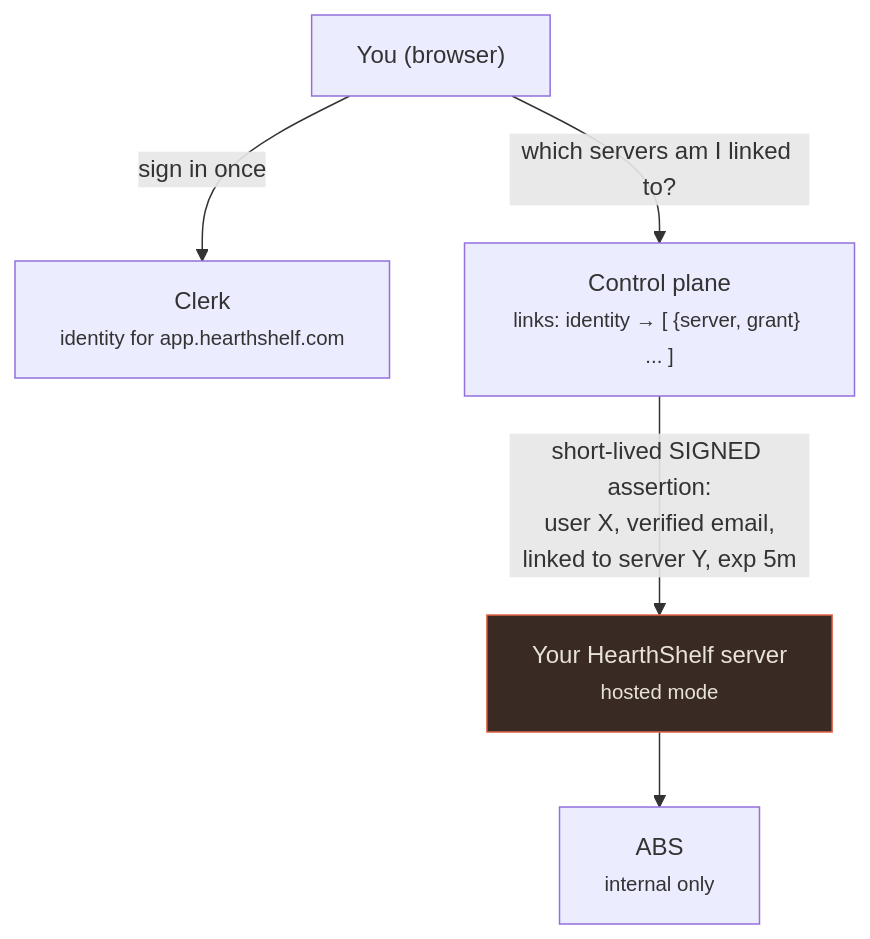
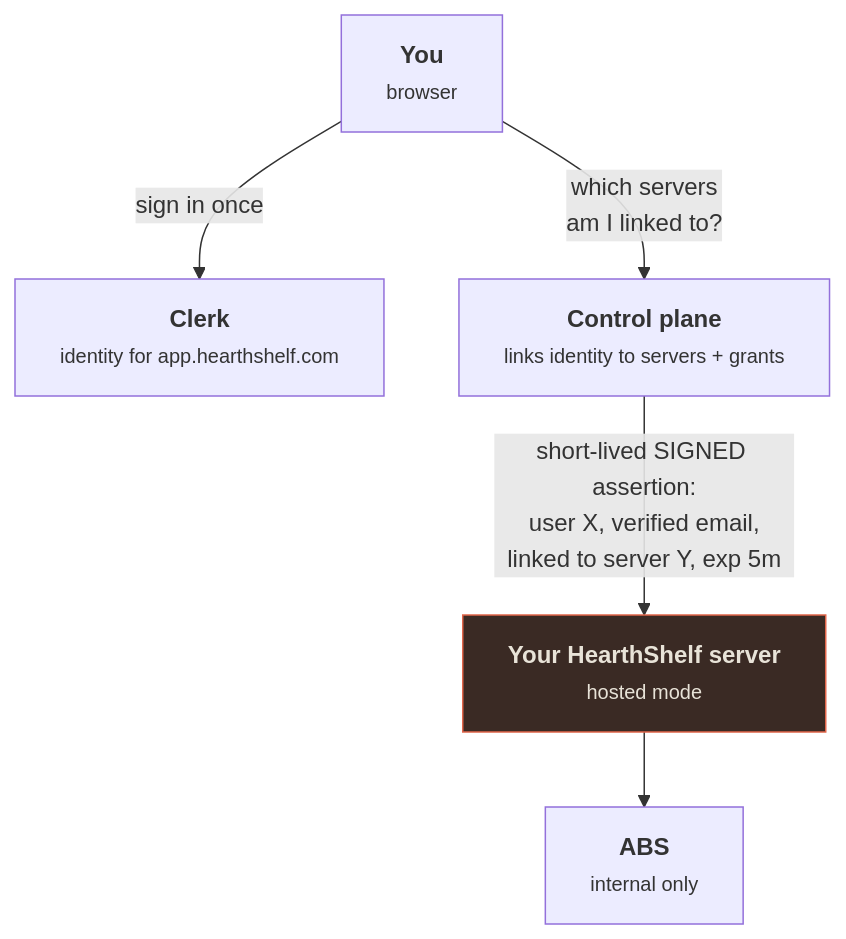
One commit to HearthShelf/HearthShelf-Docs changed the diagram in docs/webapp/architecture.md. Above: the diagram before and after it, drawn with Mermaid. The commit also changed 6 other files, not shown here.

First line of the commit message:
fixes: Diagram text no longer gets cut off inside boxes

````diff
--- a/docs/webapp/architecture.md
+++ b/docs/webapp/architecture.md
@@ -25,16 +25,16 @@
 ```mermaid
 flowchart TD
-    browser["You (browser)"]
-    clerk["Clerk<br/><span style='font-size:0.85em'>identity for app.hearthshelf.com</span>"]
-    cp["Control plane<br/><span style='font-size:0.85em'>links: identity &rarr; [ {server, grant} ... ]</span>"]
-    hs["Your HearthShelf server<br/><span style='font-size:0.85em'>hosted mode</span>"]
-    abs["ABS<br/><span style='font-size:0.85em'>internal only</span>"]
+    browser["<b>You</b><br/><small>browser</small>"]
+    clerk["<b>Clerk</b><br/><small>identity for app.hearthshelf.com</small>"]
+    cp["<b>Control plane</b><br/><small>links identity to servers + grants</small>"]
+    hs["<b>Your HearthShelf server</b><br/><small>hosted mode</small>"]
+    abs["<b>ABS</b><br/><small>internal only</small>"]
 
     browser -->|"sign in once"| clerk
-    browser -->|"which servers am I linked to?"| cp
+    browser -->|"which servers<br/>am I linked to?"| cp
     cp -->|"short-lived SIGNED assertion:<br/>user X, verified email,<br/>linked to server Y, exp 5m"| hs
     hs --> abs
 
     class hs accent
     classDef accent fill:#3a2a24,stroke:#e0654a,color:#e8e3d8;
 ```
````
